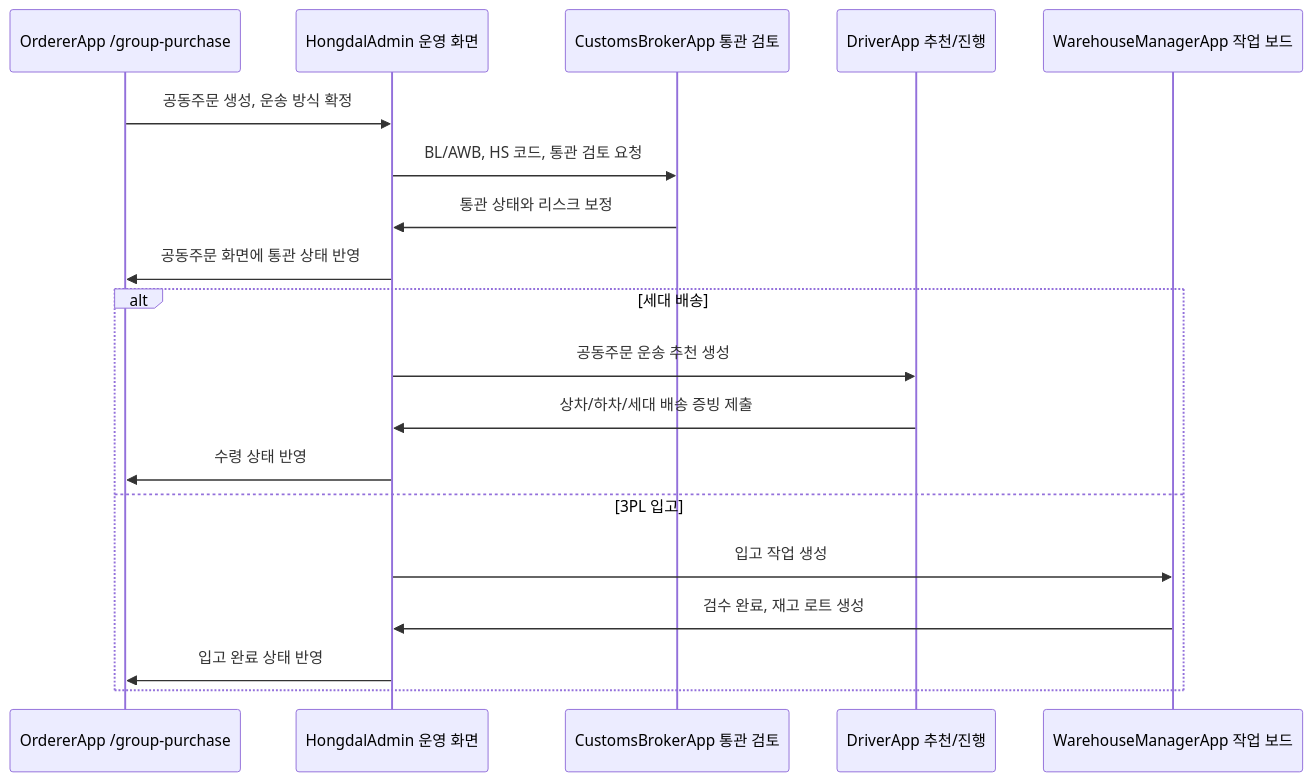
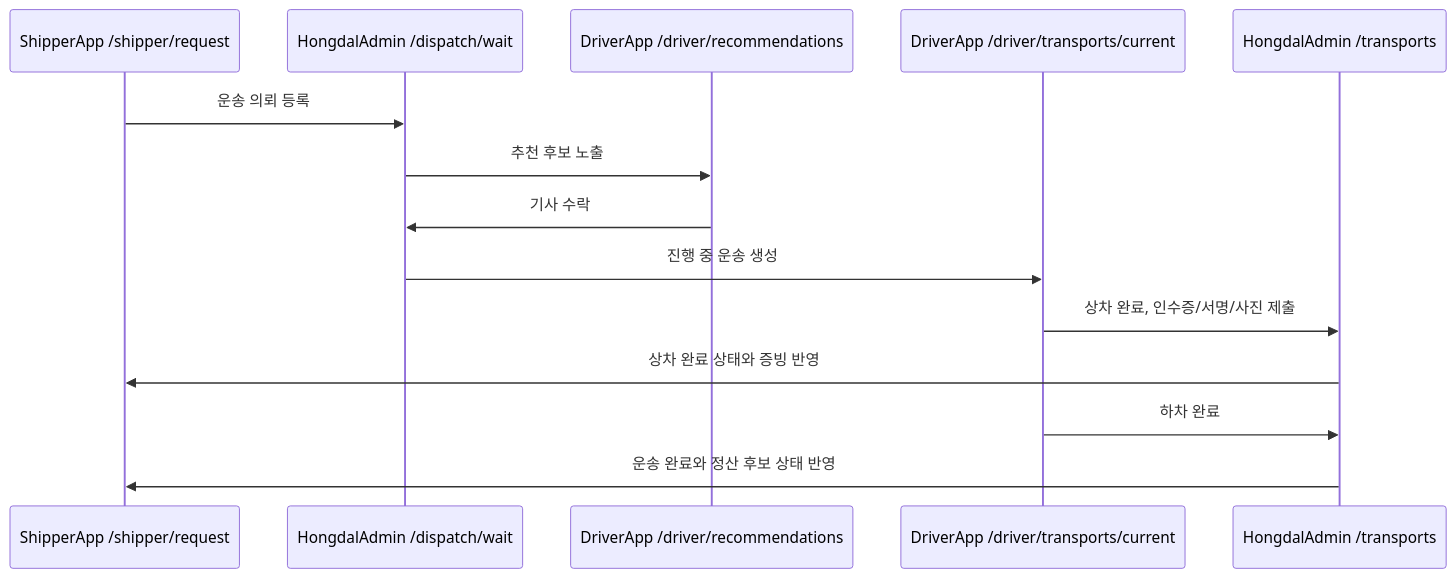
One commit to cheolwo/hongdal changed the fourth of 4 diagrams in README.md. Above: the diagram before and after it, drawn with Mermaid. The commit also changed other lines of this file and 1 other file, not shown here.

````diff
--- a/README.md
+++ b/README.md
@@ -72,22 +84,17 @@
 ```mermaid
 sequenceDiagram
-    participant Orderer as OrdererApp /group-purchase
-    participant Admin as HongdalAdmin 운영 화면
-    participant Broker as CustomsBrokerApp 통관 검토
-    participant Driver as DriverApp 추천/진행
-    participant Warehouse as WarehouseManagerApp 작업 보드
+    participant Shipper as ShipperApp /shipper/request
+    participant AdminWait as HongdalAdmin /dispatch/wait
+    participant DriverReco as DriverApp /driver/recommendations
+    participant DriverRun as DriverApp /driver/transports/current
+    participant AdminTrans as HongdalAdmin /transports
 
-    Orderer->>Admin: 공동주문 생성, 운송 방식 확정
-    Admin->>Broker: BL/AWB, HS 코드, 통관 검토 요청
-    Broker->>Admin: 통관 상태와 리스크 보정
-    Admin->>Orderer: 공동주문 화면에 통관 상태 반영
-    alt 세대 배송
-        Admin->>Driver: 공동주문 운송 추천 생성
-        Driver->>Admin: 상차/하차/세대 배송 증빙 제출
-        Admin->>Orderer: 수령 상태 반영
-    else 3PL 입고
-        Admin->>Warehouse: 입고 작업 생성
-        Warehouse->>Admin: 검수 완료, 재고 로트 생성
-        Admin->>Orderer: 입고 완료 상태 반영
-    end
+    Shipper->>AdminWait: 운송 의뢰 등록
+    AdminWait->>DriverReco: 추천 후보 노출
+    DriverReco->>AdminWait: 기사 수락
+    AdminWait->>DriverRun: 진행 중 운송 생성
+    DriverRun->>AdminTrans: 상차 완료, 인수증/서명/사진 제출
+    AdminTrans->>Shipper: 상차 완료 상태와 증빙 반영
+    DriverRun->>AdminTrans: 하차 완료
+    AdminTrans->>Shipper: 운송 완료와 정산 후보 상태 반영
 ```
````
